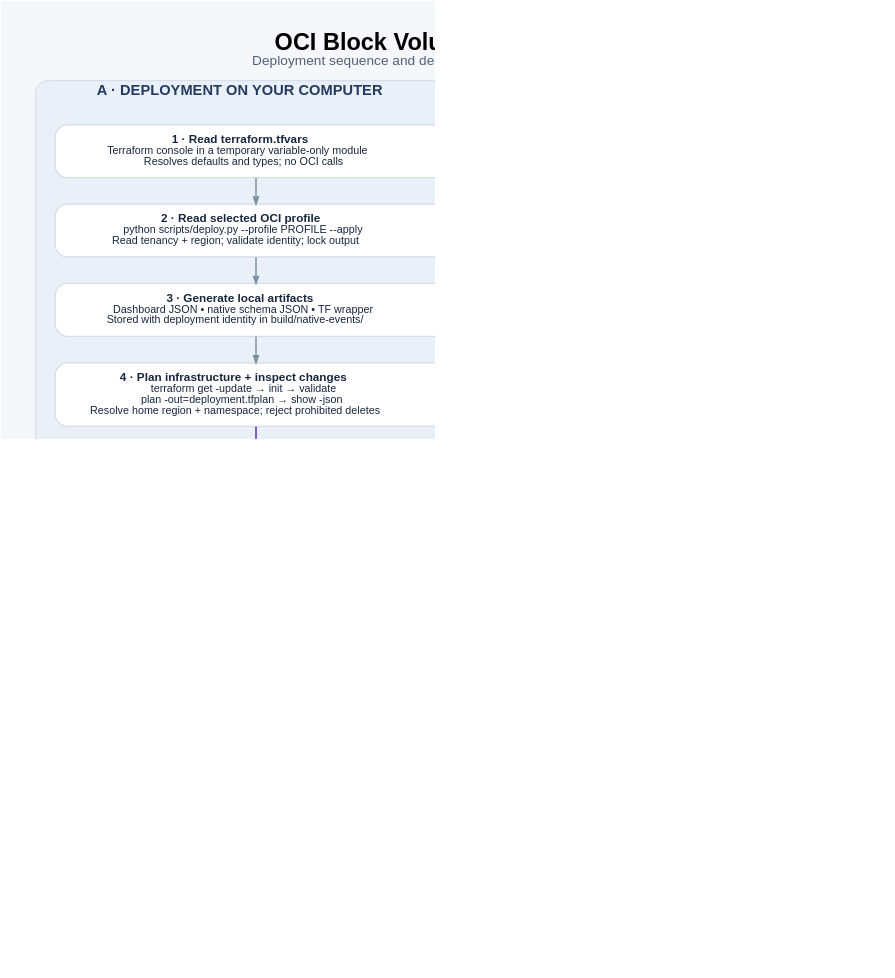
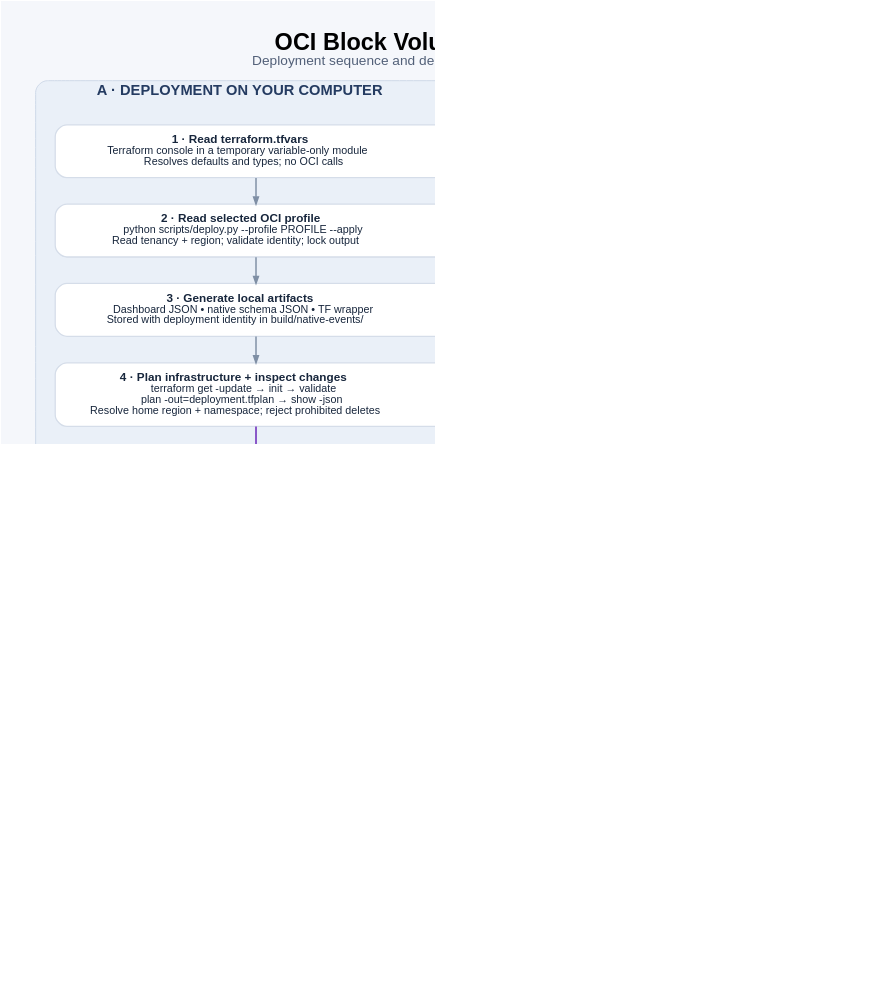
One commit to aszynkow/oci_dashboards changed the diagram in docs/design/backup-activity-design.dot. Above: the diagram before and after it, drawn with Graphviz. The commit also changed 19 other files, not shown here.

```diff
--- a/docs/design/backup-activity-design.dot
+++ b/docs/design/backup-activity-design.dot
@@ -1,60 +1,60 @@
 digraph BackupActivity {
   graph [newrank=true, rankdir=TB, bgcolor="#F5F7FB", pad="0.38", nodesep="0.72", ranksep="0.36", dpi=165,
     fontname="Helvetica", fontsize=24, labelloc=t,
     label=<<B>OCI Block Volume Backup Activity</B><BR/><FONT POINT-SIZE="14" COLOR="#526078">Deployment sequence and deployed event pipeline • native events only</FONT>>];
   node [shape=box, style="rounded,filled", fillcolor="white", color="#D5DDE9", penwidth=1.3,
     fontname="Helvetica", fontsize=12, fontcolor="#17263C", margin="0.20,0.14"];
   edge [color="#7F8FA5", arrowsize=0.7, penwidth=1.5, fontname="Helvetica", fontsize=10, fontcolor="#526078"];
 
   subgraph cluster_deploy {
     label=<<B>A · DEPLOYMENT ON YOUR COMPUTER</B>>; fontsize=15; fontcolor="#243B61";
     style="rounded,filled"; fillcolor="#EAF0F8"; color="#CED9E8"; margin=20;
     d1 [label=<<B>1 · Read terraform.tfvars</B><BR/><FONT POINT-SIZE="11">Terraform console in a temporary variable-only module<BR/>Resolves defaults and types; no OCI calls</FONT>>, width=5.7];
     d2 [label=<<B>2 · Read selected OCI profile</B><BR/><FONT POINT-SIZE="11">python scripts/deploy.py --profile PROFILE --apply<BR/>Read tenancy + region; validate identity; lock output</FONT>>, width=5.7];
     d3 [label=<<B>3 · Generate local artifacts</B><BR/><FONT POINT-SIZE="11">Dashboard JSON • native schema JSON • TF wrapper<BR/>Stored with deployment identity in build/native-events/</FONT>>, width=5.7];
     d4 [label=<<B>4 · Plan infrastructure + inspect changes</B><BR/><FONT POINT-SIZE="11">terraform get -update → init → validate<BR/>plan -out=deployment.tfplan → show -json<BR/>Resolve home region + namespace; reject prohibited deletes</FONT>>, width=5.7];
     d5 [fillcolor="#F2EAFF", color="#8855C8", penwidth=2.5, width=5.7,
       label=<<FONT COLOR="#67349E"><B>5 · PYTHON SDK SCHEMA SETUP</B></FONT><BR/>
       <FONT POINT-SIZE="11">Direct function call: native_schema.install()<BR/><BR/>
       Read source / parser / field metadata and ownership<BR/>
       → Create or update custom fields<BR/>
       → Test JSON extraction with a synthetic fixture<BR/>
       → <B>Save parser (upsert_parser)</B><BR/>
       → Save source linked to the parser<BR/><BR/>
       <B>Runs after plan, before Terraform apply.</B><BR/>
       Failure stops step 6; earlier field writes may remain.<BR/>
       No local-exec, separate process or runtime collector.</FONT>>];
     d6 [label=<<B>6 · Apply the saved Terraform plan</B><BR/><FONT POINT-SIZE="11">terraform apply -input=false deployment.tfplan<BR/>Provision event pipeline, IAM (if enabled), log group<BR/>and dashboard / saved searches</FONT>>, width=5.7];
     d7 [label=<<B>7 · Save deployment receipt</B><BR/><FONT POINT-SIZE="11">terraform output -json → receipt.json<BR/>Preserve build/native-events/ and Terraform state</FONT>>, width=5.7];
     d1 -> d2 -> d3 -> d4;
     d4 -> d5 [color="#8855C8", penwidth=2];
     d5 -> d6 [label="Only on success", color="#8855C8", penwidth=2];
     d6 -> d7;
   }
 
   subgraph cluster_runtime {
     label=<<B>B · DEPLOYED IN OCI · PROFILE REGION</B>>; fontsize=15; fontcolor="#243B61";
     style="rounded,filled"; fillcolor="#EDF5F4"; color="#CCDEDA"; margin=20;
-    r1 [label=<<B>Block Volume completion Events</B><BR/><FONT POINT-SIZE="11">Backup creation + cross-region copy outcomes<BR/>Events rules scoped to configured source compartments</FONT>>, width=5.0];
+    r1 [label=<<B>Volume + volume-group completion Events</B><BR/><FONT POINT-SIZE="11">Backup creation + cross-region copy outcomes<BR/>Events rules scoped to configured source compartments</FONT>>, width=5.0];
     r2 [label=<<B>OCI Streaming</B><BR/><FONT POINT-SIZE="11">New single-partition stream or dedicated existing stream<BR/>Retained messages buffer delivery</FONT>>, width=5.0];
     r3 [label=<<B>Connector Hub</B><BR/><FONT POINT-SIZE="11">Streaming → Log Analytics<BR/>Starts at earliest retained messages (TRIM_HORIZON)</FONT>>, width=5.0];
     r4 [fillcolor="#F2EAFF", color="#8855C8", penwidth=2,
       label=<<B>Log Analytics: parse + store events</B><BR/><FONT POINT-SIZE="11">Custom fields + JSON parser + source: Python step 5<BR/>Log group + connector wiring: Terraform step 6<BR/>Parser maps eventTime and native event/status fields</FONT>>, width=5.0];
     r5 [label=<<B>Saved searches</B><BR/><FONT POINT-SIZE="11">Deduplicate eventID; classify success / failure / unknown<BR/>24-hour and 7-day counts; 30-day history + trends<BR/>Later successes do not erase earlier failure events</FONT>>, width=5.0];
-    r6 [label=<<B>OCI Console Management Dashboard</B><BR/><FONT POINT-SIZE="11">Generated JSON imported by Terraform<BR/>15 native tiles, tables and histogram widgets<BR/>Green = success • Red = failure • Grey = unknown</FONT>>, width=5.0];
+    r6 [label=<<B>OCI Console Management Dashboard</B><BR/><FONT POINT-SIZE="11">Generated JSON imported by Terraform<BR/>15 native numeric tiles and summary tables<BR/>Green = success • Red = failure • Grey = unknown</FONT>>, width=5.0];
     r7 [shape=note, fillcolor="#FFF7E8", color="#D9B777",
-      label=<<B>What this solution can establish</B><BR/><FONT POINT-SIZE="11">Recorded backup/copy operation outcomes.<BR/>It does not verify current recoverability, policy coverage<BR/>or destination-backup availability.<BR/>No events can mean quiet activity or broken ingestion.</FONT>>, width=5.0];
+      label=<<B>What this solution can establish</B><BR/><FONT POINT-SIZE="11">Recorded completion events, not independent jobs.<BR/>Group/member copy completions count separately.<BR/>It does not verify current recoverability, policy coverage<BR/>or destination-backup availability.<BR/>No events can mean quiet activity or broken ingestion.</FONT>>, width=5.0];
     r1 -> r2 -> r3 -> r4 -> r5 -> r6;
     r6 -> r7 [style=invis];
   }
   {rank=same; d1; r1}
   {rank=same; d2; r2}
   {rank=same; d3; r3}
   {rank=same; d5; r4}
   {rank=same; d6; r5}
   {rank=same; d7; r6}
   d5 -> r4 [style=dashed, constraint=false, color="#8855C8", penwidth=2,
     label="Defines schema\nthrough OCI APIs"];
   foot [shape=plain, label=<<FONT POINT-SIZE="11" COLOR="#526078"><B>Modes:</B> --prepare ends at 3 • --plan ends at 4 • --apply runs 1–7<BR/><B>Authentication:</B> existing OCI API-key profile • Terraform discovers home region / namespace • optional service IAM in home region<BR/>Schema setup runs at deployment time only. There is no collector, Function, VM, scheduler or custom backup metric.</FONT>>];
   d7 -> foot [style=invis]; r7 -> foot [style=invis];
 }
```
